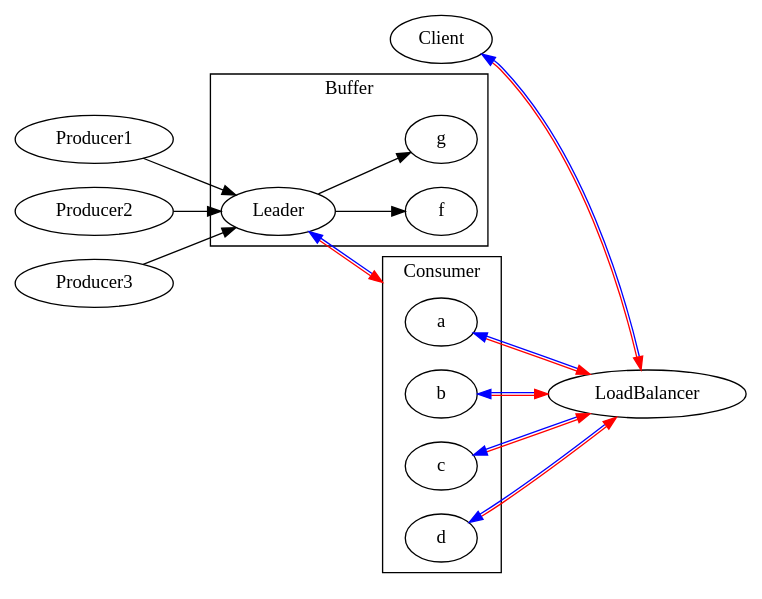
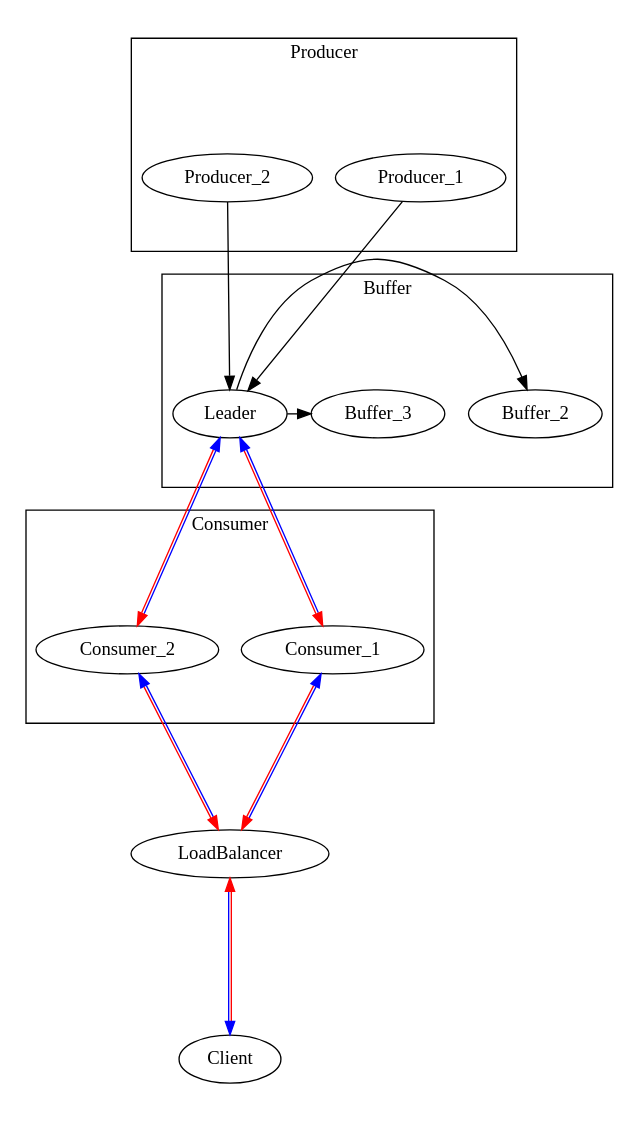
The diagram in graphviz/scene_ldblc_multiprod_buffer.dot (KeyboardKobold/go-failover), drawn with Graphviz before and after one commit.

Commit message:
again changed architecture representation

```diff
--- a/graphviz/scene_ldblc_multiprod_buffer.dot
+++ b/graphviz/scene_ldblc_multiprod_buffer.dot
@@ -1,22 +1,30 @@
 digraph {
 
     overlap=scale
-    rankdir=LR;
+    ratio="1.8"
     compound=true;
 
     subgraph cluster0 {
         label="Consumer";
-        a; b; c; d;
+        Consumer_1; Consumer_2;
     }
 
     subgraph cluster1 {
-            label="Buffer";
-            Leader; f; g;
+        label="Producer";
+        Producer_1; Producer_2;
     }
 
-    {Producer1 Producer2 Producer3} -> Leader
-    Leader -> { f g}
-    Leader -> a [dir=both color="red:blue" lhead="cluster0"]
-    { a b c d } -> LoadBalancer [dir=both color="red:blue"]
-    Client -> LoadBalancer [dir=both color="red:blue"]
+    subgraph cluster2 {
+            label="Buffer";
+            { rank = source; Buffer_1 [label="Leader"]; Buffer_2; Buffer_3; }
+
+    }
+
+    {Producer_1 Producer_2} -> Buffer_1
+    Buffer_1 -> { Buffer_2 Buffer_3}
+    Buffer_1 -> { Consumer_1 Consumer_2 } [dir=both color="red:blue"]
+    { Consumer_1 Consumer_2 } -> LoadBalancer [dir=both color="red:blue"]
+    { rank = sink; Client }
+    Client -> LoadBalancer [dir=both color="red:blue" constraint=false]
+
 }
```
